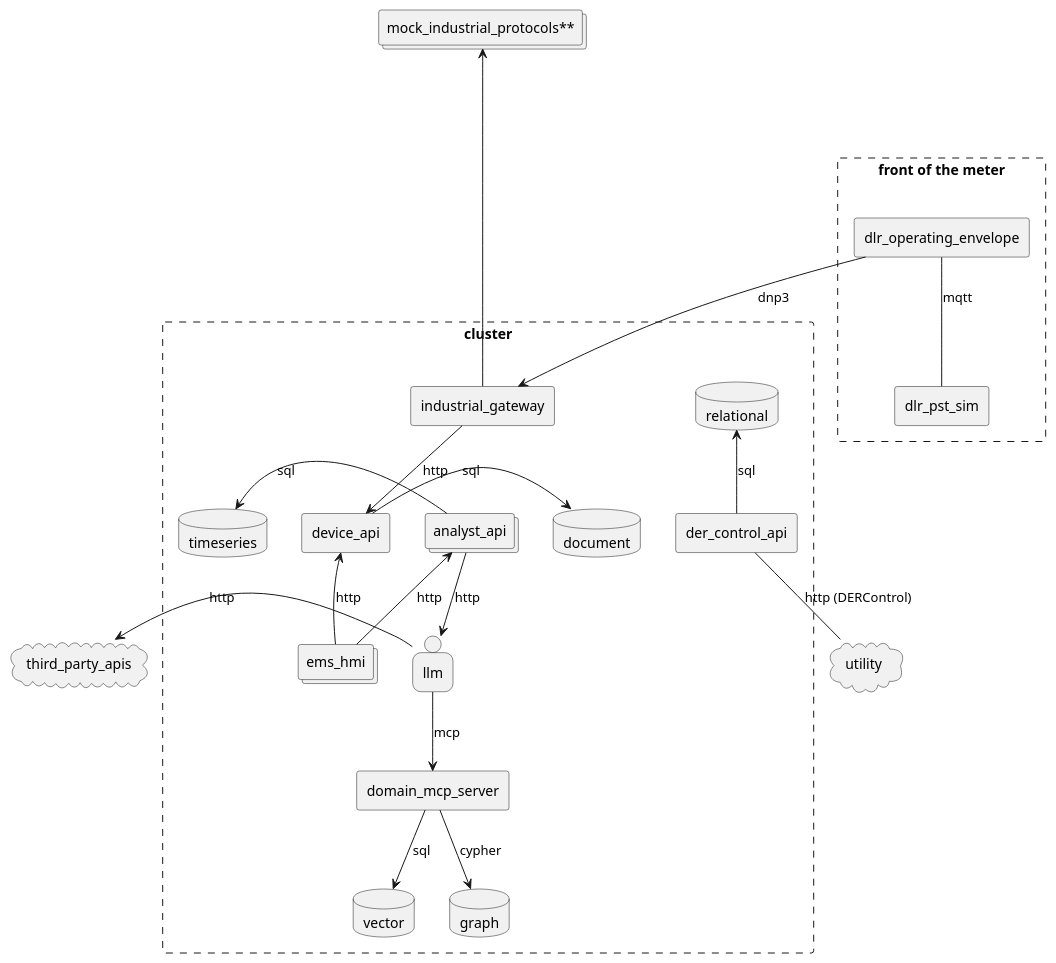
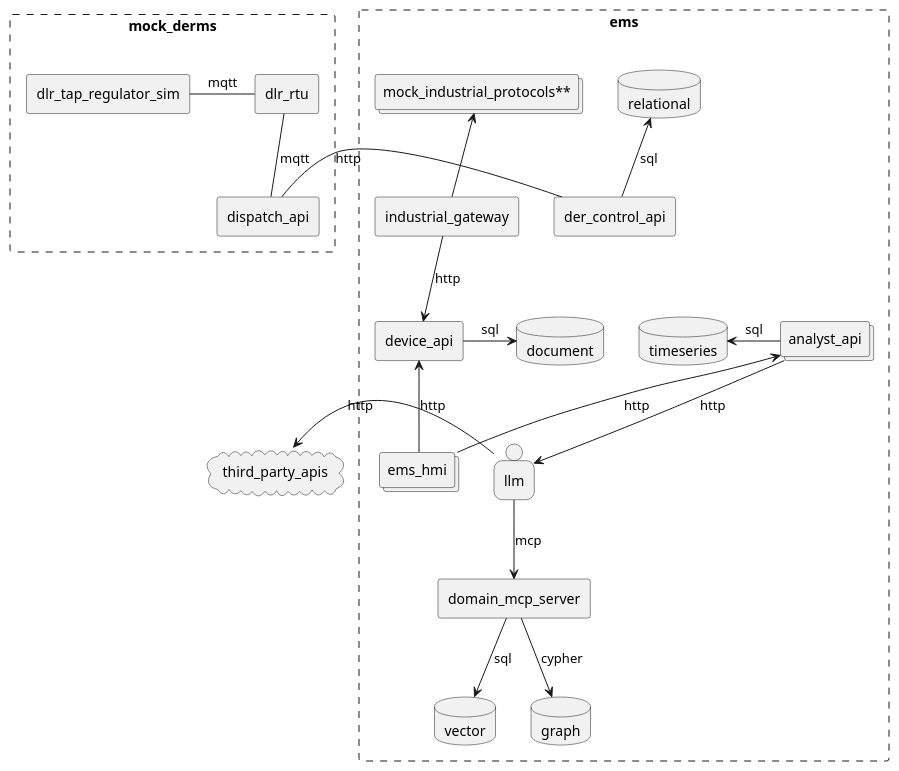
The first of 7 diagrams in readme.md (arcnode-io/ems), drawn with PlantUML before and after one commit. The commit also changed other lines of this file, not shown here.

Commit message:
📄 docs: DERMS integration

````diff
--- a/readme.md
+++ b/readme.md
@@ -29,38 +29,38 @@
 ```plantuml
+cloud third_party_apis
+rectangle ems #line.dashed {
 collections "mock_industrial_protocols**" as mock_industrial_protocols
-rectangle  "front of the meter" #line.dashed {
-  rectangle dlr_operating_envelope
-  rectangle dlr_pst_sim
-}
-cloud third_party_apis
-cloud utility
-rectangle cluster #line.dashed {
     rectangle industrial_gateway
     rectangle device_api
     rectangle der_control_api
     database timeseries
     database vector
     database graph
     database relational
     collections analyst_api
     database document
     collections ems_hmi
     person llm
     rectangle domain_mcp_server
 }
-dlr_operating_envelope -- dlr_pst_sim: mqtt
-dlr_operating_envelope --> industrial_gateway: dnp3  
-industrial_gateway -u---> mock_industrial_protocols
+rectangle  mock_derms #line.dashed {
+  rectangle dlr_tap_regulator_sim
+  rectangle dlr_rtu
+  rectangle dispatch_api
+}
+dlr_rtu -d- dispatch_api: mqtt
+dlr_tap_regulator_sim - dlr_rtu: mqtt
+dispatch_api -l- der_control_api: http
+industrial_gateway -u-> mock_industrial_protocols
 industrial_gateway --> device_api: http
 ems_hmi -u-> device_api: http
 device_api -r-> document: sql
-utility -u- der_control_api: http (DERControl)
 der_control_api -u-> relational: sql
 analyst_api -l-> timeseries: sql
 llm -d-> domain_mcp_server: mcp
 domain_mcp_server -d-> vector: sql
 domain_mcp_server -d-> graph: cypher
 ems_hmi -u-> analyst_api: http
 analyst_api -d-> llm: http
 llm -l-> third_party_apis: http
 ```
````
